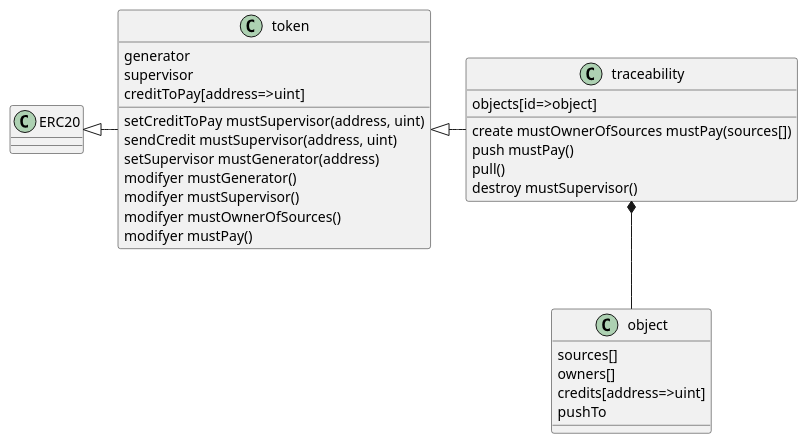
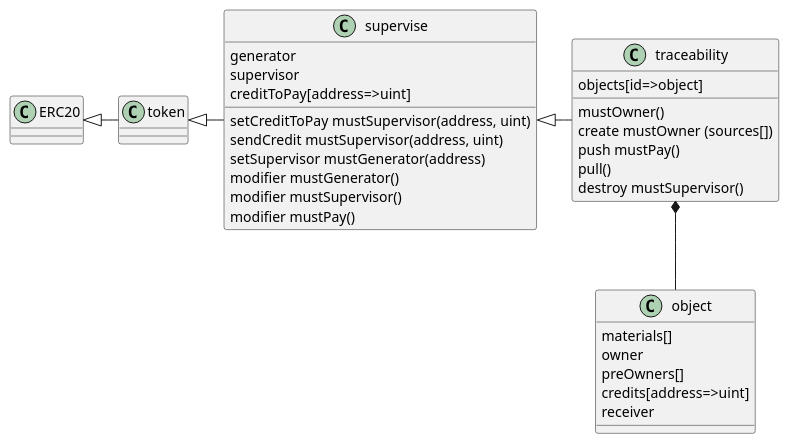
Before and after one commit to txcary/traceability: the diagram in plantuml/class.plantuml, drawn with PlantUML. The commit also changed 1 other file, not shown here.

```diff
--- a/plantuml/class.plantuml
+++ b/plantuml/class.plantuml
@@ -1,32 +1,35 @@
 @startuml
 class ERC20
-class "token" as token {
+class token
+class "supervise" as supervise {
 	generator
 	supervisor
 	creditToPay[address=>uint]
 	setCreditToPay mustSupervisor(address, uint)
 	sendCredit mustSupervisor(address, uint)
 	setSupervisor mustGenerator(address)
-	modifyer mustGenerator()
-	modifyer mustSupervisor()
-	modifyer mustOwnerOfSources()
-	modifyer mustPay()
+	modifier mustGenerator()
+	modifier mustSupervisor()
+	modifier mustPay()
 }
 class "traceability" as trace {
 	objects[id=>object]
-	create mustOwnerOfSources mustPay(sources[])
+	mustOwner()
+	create mustOwner (sources[])
 	push mustPay()
 	pull()
 	destroy mustSupervisor()
 }
 class "object" as object {
-	sources[]
-	owners[]
+	materials[]
+	owner
+	preOwners[]
 	credits[address=>uint]
-	pushTo
+	receiver
 }
 
 ERC20 <|- token
-token <|- trace
+token <|- supervise
+supervise <|- trace
 trace *-- object
 @enduml
```
